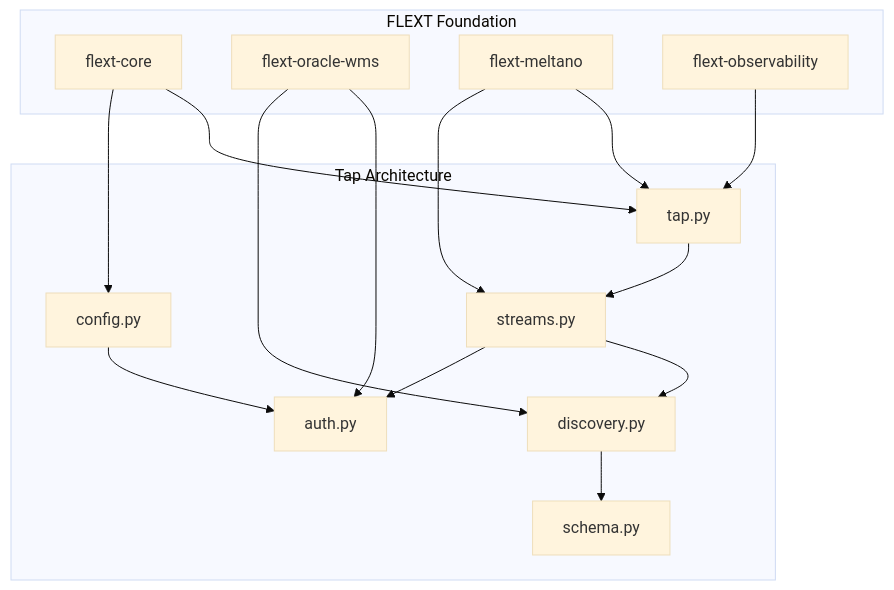
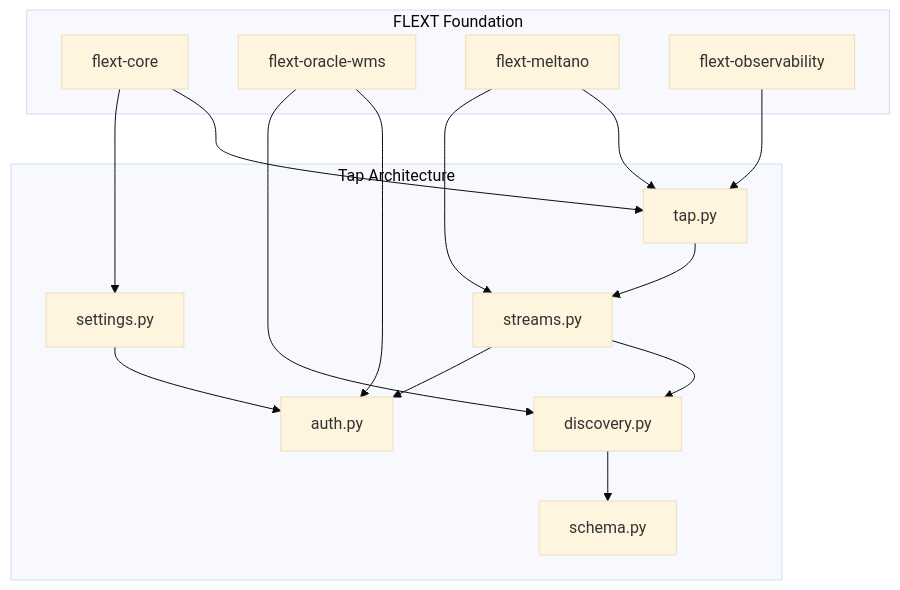
Before and after one commit to flext-sh/flext-tap-oracle-wms: the first of 3 diagrams in docs/architecture.md, drawn with Mermaid (base theme). The commit also changed other lines of this file and 38 other files, not shown here.

````diff
--- a/docs/architecture.md
+++ b/docs/architecture.md
@@ -139,32 +139,32 @@
 ```mermaid
 graph TB
     subgraph "FLEXT Foundation"
         FC[flext-core]
         FOW[flext-oracle-wms]
         FM[flext-meltano]
         FO[flext-observability]
     end
 
     subgraph "Tap Architecture"
         TAP[tap.py]
         STREAMS[streams.py]
-        CONFIG[config.py]
+        CONFIG[settings.py]
         DISCOVERY[discovery.py]
         AUTH[auth.py]
         SCHEMA[schema.py]
     end
 
     FC --> TAP
     FC --> CONFIG
     FOW --> AUTH
     FOW --> DISCOVERY
     FM --> TAP
     FM --> STREAMS
     FO --> TAP
 
     TAP --> STREAMS
     STREAMS --> DISCOVERY
     STREAMS --> AUTH
     CONFIG --> AUTH
     DISCOVERY --> SCHEMA
 ```
````
